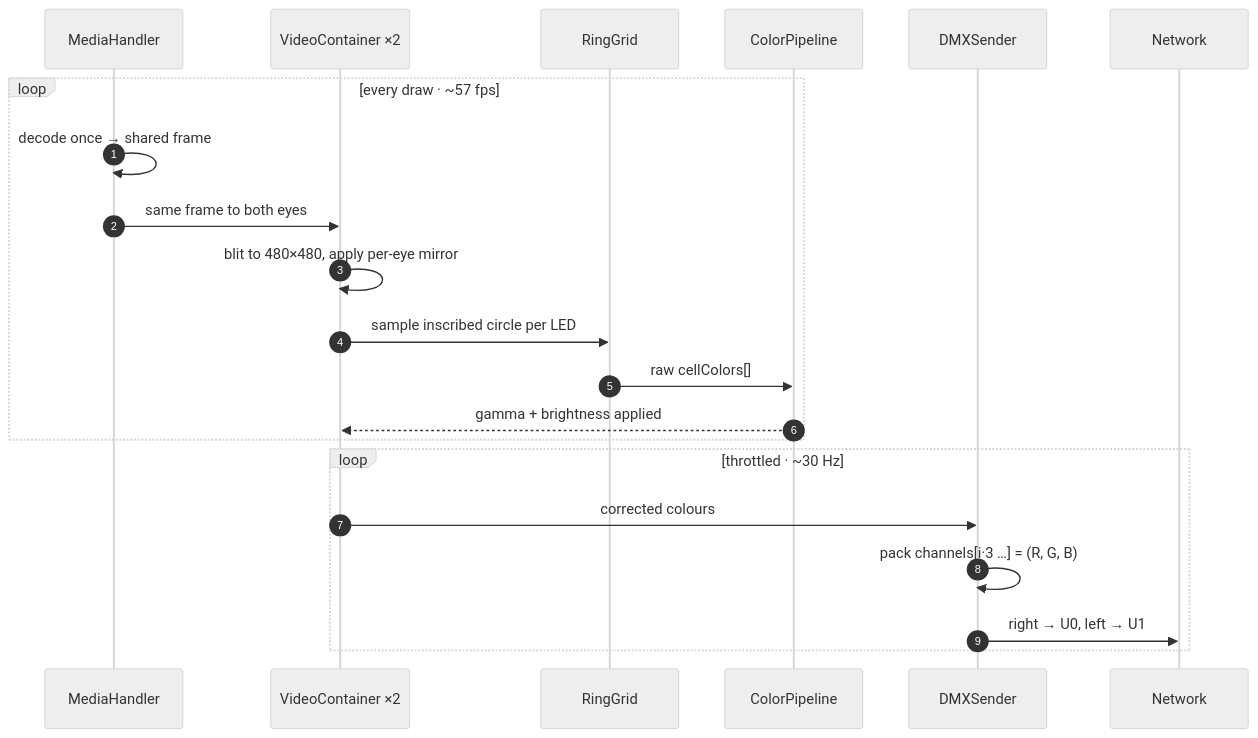
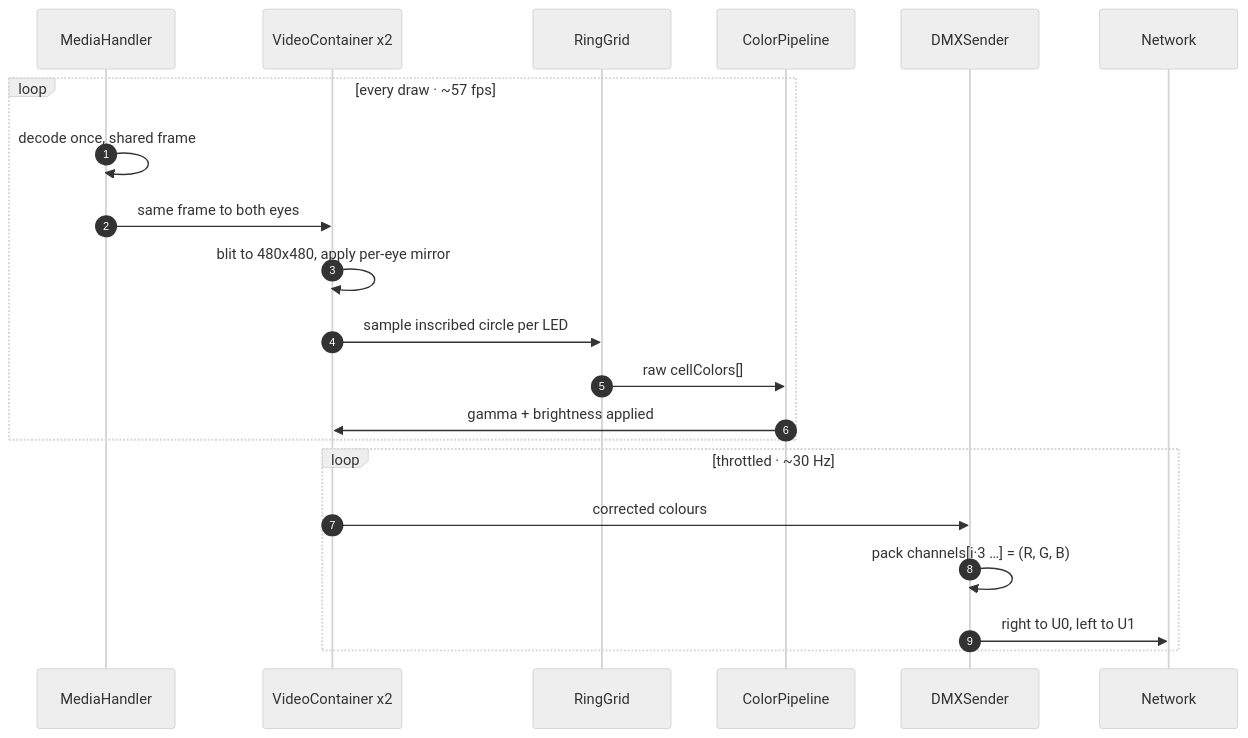
Before and after one commit to dattazigzag/ring_eye_sim: the first of 2 diagrams in PIPELINE.md, drawn with Mermaid (neutral theme). The commit also changed other lines of this file and 7 other files, not shown here.

````diff
--- a/PIPELINE.md
+++ b/PIPELINE.md
@@ -96,23 +94,23 @@
 ```mermaid
 sequenceDiagram
     autonumber
     participant MH as MediaHandler
-    participant EYE as VideoContainer ×2
+    participant EYE as VideoContainer x2
     participant RG as RingGrid
     participant CP as ColorPipeline
     participant TX as DMXSender
     participant NET as Network
     loop every draw · ~57 fps
-        MH->>MH: decode once → shared frame
+        MH->>MH: decode once, shared frame
         MH->>EYE: same frame to both eyes
-        EYE->>EYE: blit to 480×480, apply per-eye mirror
+        EYE->>EYE: blit to 480x480, apply per-eye mirror
         EYE->>RG: sample inscribed circle per LED
         RG->>CP: raw cellColors[]
-        CP-->>EYE: gamma + brightness applied
+        CP->>EYE: gamma + brightness applied
     end
     loop throttled · ~30 Hz
         EYE->>TX: corrected colours
         TX->>TX: pack channels[i·3 …] = (R, G, B)
-        TX->>NET: right → U0, left → U1
+        TX->>NET: right to U0, left to U1
     end
 ```
````
